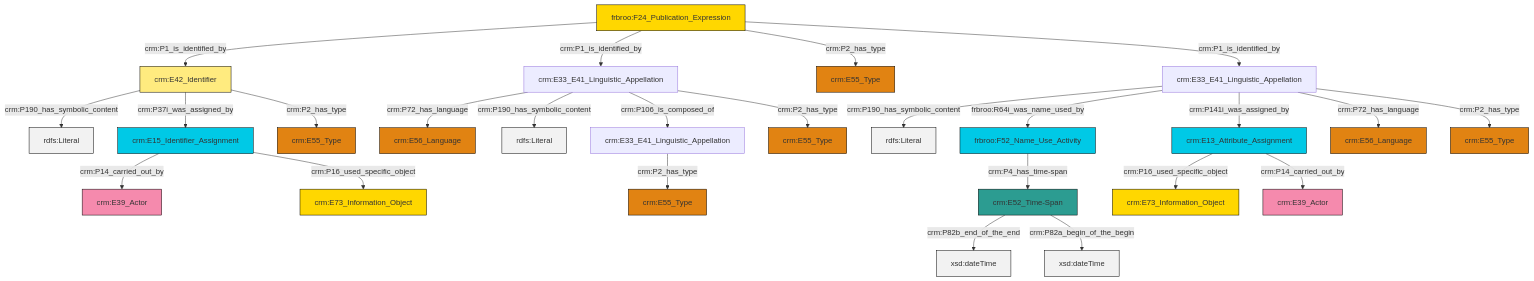
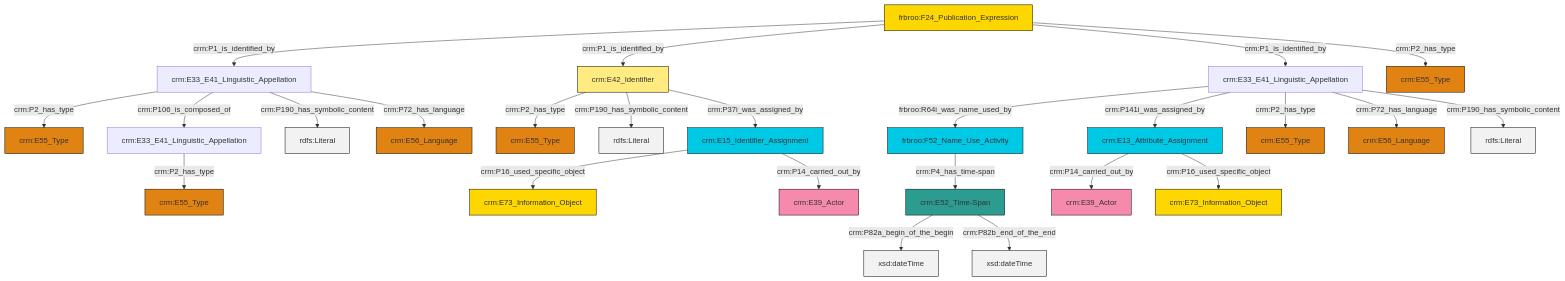
The diagram in et/biblioCSV/ttl/mmd/biblio_name.ttl.mmd (swiss-art-research-net/reference-data-models), drawn with Mermaid before and after one commit. The commit also changed 126 other files, not shown here.

```diff
--- a/et/biblioCSV/ttl/mmd/biblio_name.ttl.mmd
+++ b/et/biblioCSV/ttl/mmd/biblio_name.ttl.mmd
@@ -1,39 +1,39 @@
 graph TD
 classDef Literal fill:#f2f2f2,stroke:#000000;
 classDef CRM_Entity fill:#FFFFFF,stroke:#000000;
 classDef Temporal_Entity fill:#00C9E6, stroke:#000000;
 classDef Type fill:#E18312, stroke:#000000;
 classDef Time-Span fill:#2C9C91, stroke:#000000;
 classDef Appellation fill:#FFEB7F, stroke:#000000;
 classDef Place fill:#008836, stroke:#000000;
 classDef Persistent_Item fill:#B266B2, stroke:#000000;
 classDef Conceptual_Object fill:#FFD700, stroke:#000000;
 classDef Physical_Thing fill:#D2B48C, stroke:#000000;
 classDef Actor fill:#f58aad, stroke:#000000;
 classDef PC_Classes fill:#4ce600, stroke:#000000;
 classDef Multi fill:#cccccc,stroke:#000000;
 
-4["crm:E13_Attribute_Assignment"]:::Temporal_Entity -->|crm:P16_used_specific_object| 5["crm:E73_Information_Object"]:::Conceptual_Object
-6["crm:E15_Identifier_Assignment"]:::Temporal_Entity -->|crm:P14_carried_out_by| 7["crm:E39_Actor"]:::Actor
-6["crm:E15_Identifier_Assignment"]:::Temporal_Entity -->|crm:P16_used_specific_object| 8["crm:E73_Information_Object"]:::Conceptual_Object
-11["crm:E52_Time-Span"]:::Time-Span -->|crm:P82b_end_of_the_end| 12[xsd:dateTime]:::Literal
-13["crm:E42_Identifier"]:::Appellation -->|crm:P190_has_symbolic_content| 14[rdfs:Literal]:::Literal
-0["crm:E33_E41_Linguistic_Appellation"]:::Default -->|crm:P72_has_language| 15["crm:E56_Language"]:::Type
-0["crm:E33_E41_Linguistic_Appellation"]:::Default -->|crm:P190_has_symbolic_content| 16[rdfs:Literal]:::Literal
-17["frbroo:F24_Publication_Expression"]:::Conceptual_Object -->|crm:P1_is_identified_by| 13["crm:E42_Identifier"]:::Appellation
-21["crm:E33_E41_Linguistic_Appellation"]:::Default -->|crm:P190_has_symbolic_content| 22[rdfs:Literal]:::Literal
-17["frbroo:F24_Publication_Expression"]:::Conceptual_Object -->|crm:P1_is_identified_by| 0["crm:E33_E41_Linguistic_Appellation"]:::Default
-0["crm:E33_E41_Linguistic_Appellation"]:::Default -->|crm:P106_is_composed_of| 18["crm:E33_E41_Linguistic_Appellation"]:::Default
-21["crm:E33_E41_Linguistic_Appellation"]:::Default -->|frbroo:R64i_was_name_used_by| 27["frbroo:F52_Name_Use_Activity"]:::Temporal_Entity
-21["crm:E33_E41_Linguistic_Appellation"]:::Default -->|crm:P141i_was_assigned_by| 4["crm:E13_Attribute_Assignment"]:::Temporal_Entity
-27["frbroo:F52_Name_Use_Activity"]:::Temporal_Entity -->|crm:P4_has_time-span| 11["crm:E52_Time-Span"]:::Time-Span
-11["crm:E52_Time-Span"]:::Time-Span -->|crm:P82a_begin_of_the_begin| 36[xsd:dateTime]:::Literal
-18["crm:E33_E41_Linguistic_Appellation"]:::Default -->|crm:P2_has_type| 38["crm:E55_Type"]:::Type
-17["frbroo:F24_Publication_Expression"]:::Conceptual_Object -->|crm:P2_has_type| 39["crm:E55_Type"]:::Type
-21["crm:E33_E41_Linguistic_Appellation"]:::Default -->|crm:P72_has_language| 9["crm:E56_Language"]:::Type
-17["frbroo:F24_Publication_Expression"]:::Conceptual_Object -->|crm:P1_is_identified_by| 21["crm:E33_E41_Linguistic_Appellation"]:::Default
-21["crm:E33_E41_Linguistic_Appellation"]:::Default -->|crm:P2_has_type| 40["crm:E55_Type"]:::Type
-13["crm:E42_Identifier"]:::Appellation -->|crm:P37i_was_assigned_by| 6["crm:E15_Identifier_Assignment"]:::Temporal_Entity
-13["crm:E42_Identifier"]:::Appellation -->|crm:P2_has_type| 32["crm:E55_Type"]:::Type
-0["crm:E33_E41_Linguistic_Appellation"]:::Default -->|crm:P2_has_type| 24["crm:E55_Type"]:::Type
-4["crm:E13_Attribute_Assignment"]:::Temporal_Entity -->|crm:P14_carried_out_by| 2["crm:E39_Actor"]:::Actor
+2["crm:E33_E41_Linguistic_Appellation"]:::Default -->|frbroo:R64i_was_name_used_by| 3["frbroo:F52_Name_Use_Activity"]:::Temporal_Entity
+2["crm:E33_E41_Linguistic_Appellation"]:::Default -->|crm:P141i_was_assigned_by| 10["crm:E13_Attribute_Assignment"]:::Temporal_Entity
+3["frbroo:F52_Name_Use_Activity"]:::Temporal_Entity -->|crm:P4_has_time-span| 4["crm:E52_Time-Span"]:::Time-Span
+13["frbroo:F24_Publication_Expression"]:::Conceptual_Object -->|crm:P1_is_identified_by| 11["crm:E33_E41_Linguistic_Appellation"]:::Default
+11["crm:E33_E41_Linguistic_Appellation"]:::Default -->|crm:P2_has_type| 0["crm:E55_Type"]:::Type
+4["crm:E52_Time-Span"]:::Time-Span -->|crm:P82a_begin_of_the_begin| 18[xsd:dateTime]:::Literal
+2["crm:E33_E41_Linguistic_Appellation"]:::Default -->|crm:P2_has_type| 8["crm:E55_Type"]:::Type
+24["crm:E15_Identifier_Assignment"]:::Temporal_Entity -->|crm:P16_used_specific_object| 16["crm:E73_Information_Object"]:::Conceptual_Object
+13["frbroo:F24_Publication_Expression"]:::Conceptual_Object -->|crm:P1_is_identified_by| 20["crm:E42_Identifier"]:::Appellation
+20["crm:E42_Identifier"]:::Appellation -->|crm:P2_has_type| 14["crm:E55_Type"]:::Type
+10["crm:E13_Attribute_Assignment"]:::Temporal_Entity -->|crm:P14_carried_out_by| 25["crm:E39_Actor"]:::Actor
+4["crm:E52_Time-Span"]:::Time-Span -->|crm:P82b_end_of_the_end| 27[xsd:dateTime]:::Literal
+2["crm:E33_E41_Linguistic_Appellation"]:::Default -->|crm:P72_has_language| 32["crm:E56_Language"]:::Type
+11["crm:E33_E41_Linguistic_Appellation"]:::Default -->|crm:P106_is_composed_of| 22["crm:E33_E41_Linguistic_Appellation"]:::Default
+2["crm:E33_E41_Linguistic_Appellation"]:::Default -->|crm:P190_has_symbolic_content| 39[rdfs:Literal]:::Literal
+11["crm:E33_E41_Linguistic_Appellation"]:::Default -->|crm:P190_has_symbolic_content| 40[rdfs:Literal]:::Literal
+13["frbroo:F24_Publication_Expression"]:::Conceptual_Object -->|crm:P1_is_identified_by| 2["crm:E33_E41_Linguistic_Appellation"]:::Default
+13["frbroo:F24_Publication_Expression"]:::Conceptual_Object -->|crm:P2_has_type| 42["crm:E55_Type"]:::Type
+24["crm:E15_Identifier_Assignment"]:::Temporal_Entity -->|crm:P14_carried_out_by| 28["crm:E39_Actor"]:::Actor
+10["crm:E13_Attribute_Assignment"]:::Temporal_Entity -->|crm:P16_used_specific_object| 35["crm:E73_Information_Object"]:::Conceptual_Object
+20["crm:E42_Identifier"]:::Appellation -->|crm:P190_has_symbolic_content| 44[rdfs:Literal]:::Literal
+20["crm:E42_Identifier"]:::Appellation -->|crm:P37i_was_assigned_by| 24["crm:E15_Identifier_Assignment"]:::Temporal_Entity
+11["crm:E33_E41_Linguistic_Appellation"]:::Default -->|crm:P72_has_language| 30["crm:E56_Language"]:::Type
+22["crm:E33_E41_Linguistic_Appellation"]:::Default -->|crm:P2_has_type| 6["crm:E55_Type"]:::Type
```
